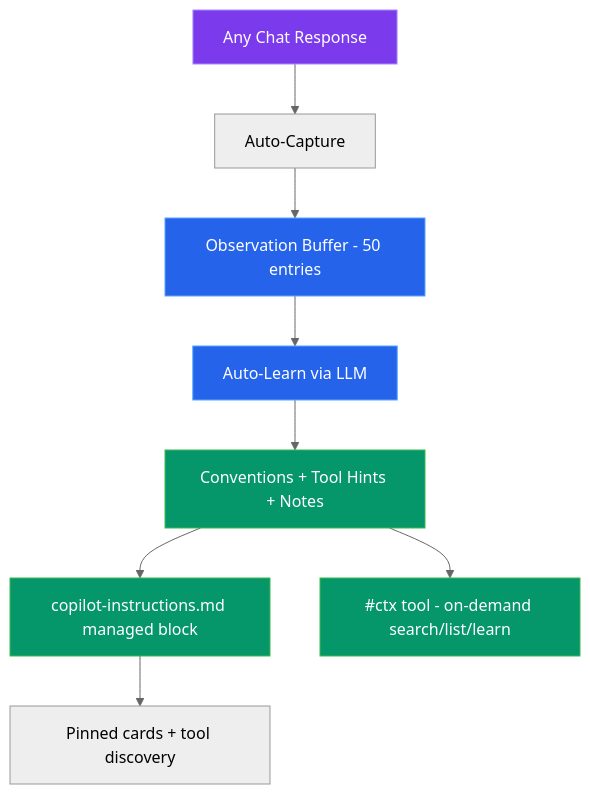
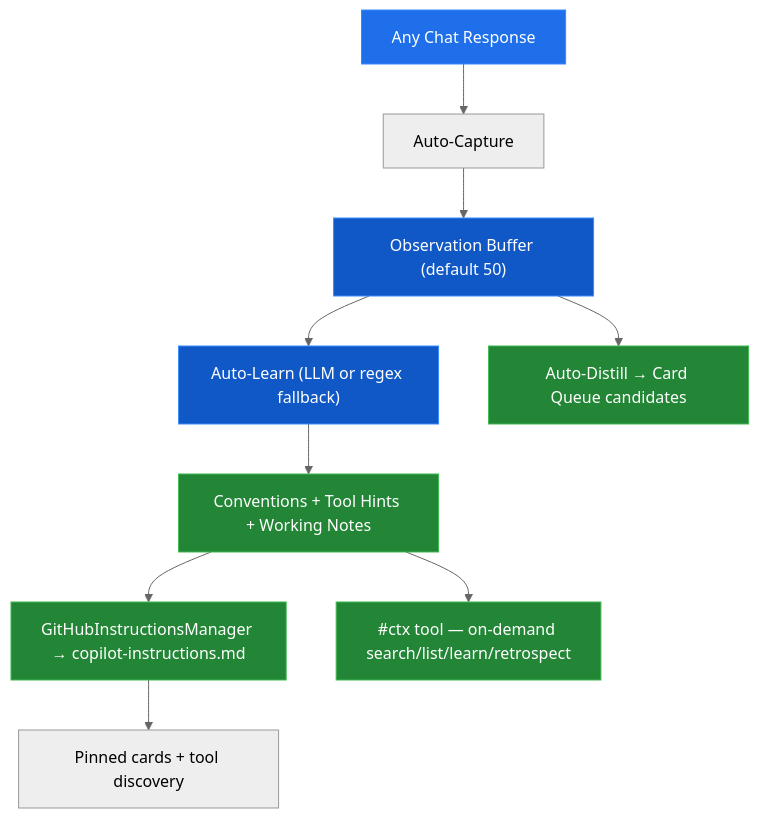
Before and after one commit to GittyHarsha/ContextManager: the fourth of 5 diagrams in docs/architecture/overview.md, drawn with Mermaid (neutral theme). The commit also changed other lines of this file and 86 other files, not shown here.

```diff
--- a/docs/architecture/overview.md
+++ b/docs/architecture/overview.md
@@ -203,17 +225,19 @@
 <pre class="mermaid">
 graph TD
     A[Any Chat Response] --> B[Auto-Capture]
-    B --> C[Observation Buffer - 50 entries]
-    C --> D[Auto-Learn via LLM]
-    D --> E[Conventions + Tool Hints + Notes]
-    E --> F1[copilot-instructions.md managed block]
+    B --> C["Observation Buffer (default 50)"]
+    C --> D["Auto-Learn (LLM or regex fallback)"]
+    D --> E[Conventions + Tool Hints + Working Notes]
+    E --> F1["GitHubInstructionsManager → copilot-instructions.md"]
     F1 --> F1a[Pinned cards + tool discovery]
-    E --> F2["#ctx tool - on-demand search/list/learn"]
+    E --> F2["#ctx tool — on-demand search/list/learn/retrospect"]
+    C --> G["Auto-Distill → Card Queue candidates"]
 
-    style A fill:#7c3aed,stroke:#a78bfa,color:#fff
-    style C fill:#2563eb,stroke:#58a6ff,color:#fff
-    style D fill:#2563eb,stroke:#58a6ff,color:#fff
-    style E fill:#059669,stroke:#3fb950,color:#fff
-    style F1 fill:#059669,stroke:#3fb950,color:#fff
-    style F2 fill:#059669,stroke:#3fb950,color:#fff
+    style A fill:#1f6feb,stroke:#388bfd,color:#fff
+    style C fill:#1158c7,stroke:#388bfd,color:#fff
+    style D fill:#1158c7,stroke:#388bfd,color:#fff
+    style E fill:#238636,stroke:#3fb950,color:#fff
+    style F1 fill:#238636,stroke:#3fb950,color:#fff
+    style F2 fill:#238636,stroke:#3fb950,color:#fff
+    style G fill:#238636,stroke:#3fb950,color:#fff
 </pre>
```
